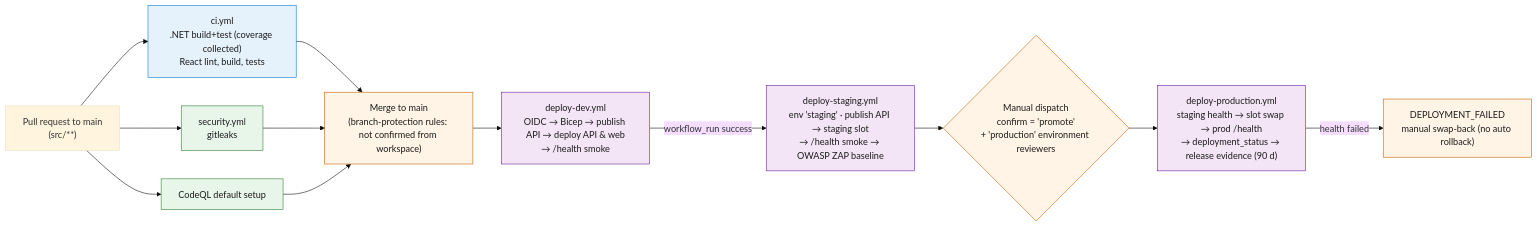
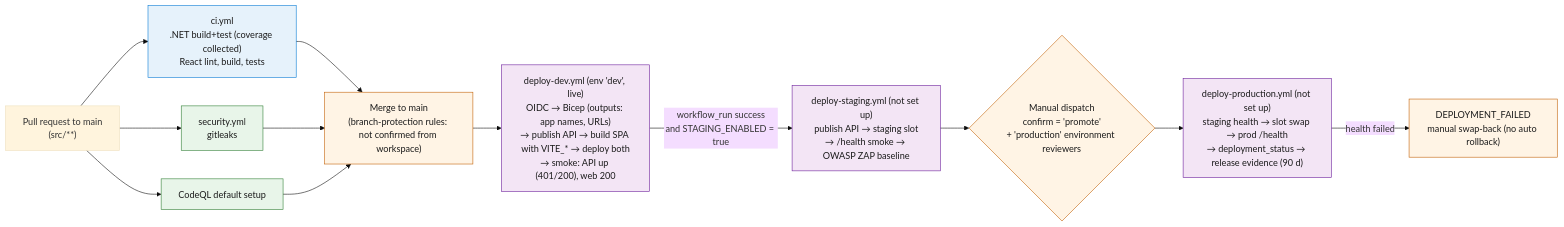
Before and after one commit to Deepankar-AICloud/AISDLC-V1: the diagram in docs/complete-solution-documentation/diagrams/mermaid/21-cicd-pipeline.mmd, drawn with Mermaid (base theme). The commit also changed 125 other files, not shown here.

```diff
--- a/docs/complete-solution-documentation/diagrams/mermaid/21-cicd-pipeline.mmd
+++ b/docs/complete-solution-documentation/diagrams/mermaid/21-cicd-pipeline.mmd
@@ -1,15 +1,15 @@
 flowchart LR
   classDef ci fill:#E6F2FB,stroke:#0078D4,color:#1B1B1B
   classDef sec fill:#E8F5E9,stroke:#2E7D32,color:#1B1B1B
   classDef env fill:#F3E5F5,stroke:#6A1B9A,color:#1B1B1B
   classDef gate fill:#FFF4E5,stroke:#C25E00,color:#1B1B1B
 
   PR["Pull request to main<br/>(src/**)"] --> CI["ci.yml<br/>.NET build+test (coverage collected)<br/>React lint, build, tests"]:::ci
   PR --> SECS["security.yml<br/>gitleaks"]:::sec
   PR --> CQ["CodeQL default setup"]:::sec
   CI & SECS & CQ --> MERGE["Merge to main<br/>(branch-protection rules: not confirmed from workspace)"]:::gate
-  MERGE --> DEV["deploy-dev.yml<br/>OIDC → Bicep → publish API → deploy API & web<br/>→ /health smoke"]:::env
-  DEV -->|"workflow_run success"| STG["deploy-staging.yml<br/>env 'staging' · publish API → staging slot<br/>→ /health smoke → OWASP ZAP baseline"]:::env
+  MERGE --> DEV["deploy-dev.yml (env 'dev', live)<br/>OIDC → Bicep (outputs: app names, URLs)<br/>→ publish API → build SPA with VITE_* → deploy both<br/>→ smoke: API up (401/200), web 200"]:::env
+  DEV -->|"workflow_run success<br/>and STAGING_ENABLED = true"| STG["deploy-staging.yml (not set up)<br/>publish API → staging slot<br/>→ /health smoke → OWASP ZAP baseline"]:::env
   STG --> APPROVE{"Manual dispatch<br/>confirm = 'promote'<br/>+ 'production' environment reviewers"}:::gate
-  APPROVE --> PROD["deploy-production.yml<br/>staging health → slot swap → prod /health<br/>→ deployment_status → release evidence (90 d)"]:::env
+  APPROVE --> PROD["deploy-production.yml (not set up)<br/>staging health → slot swap → prod /health<br/>→ deployment_status → release evidence (90 d)"]:::env
   PROD -->|"health failed"| FAIL["DEPLOYMENT_FAILED<br/>manual swap-back (no auto rollback)"]:::gate
```
